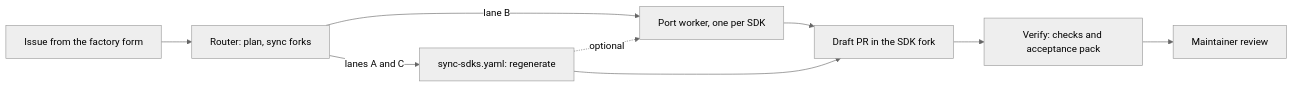
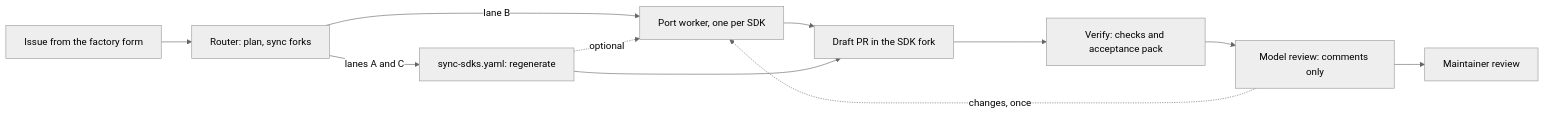
One commit to Siddhant-K-code/sdk-generator changed the diagram in factory/README.md. Above: the diagram before and after it, drawn with Mermaid (neutral theme). The commit also changed other lines of this file and 13 other files, not shown here.

````diff
--- a/factory/README.md
+++ b/factory/README.md
@@ -11,11 +12,13 @@
 ```mermaid
 flowchart LR
   issue["Issue from the factory form"] --> router["Router: plan, sync forks"]
   router -- "lane B" --> worker["Port worker, one per SDK"]
   router -- "lanes A and C" --> sync["sync-sdks.yaml: regenerate"]
   sync -. "optional" .-> worker
   worker --> pr["Draft PR in the SDK fork"]
   sync --> pr
   pr --> verify["Verify: checks and acceptance pack"]
-  verify --> review["Maintainer review"]
+  verify --> model["Model review: comments only"]
+  model -. "changes, once" .-> worker
+  model --> review["Maintainer review"]
 ```
````
